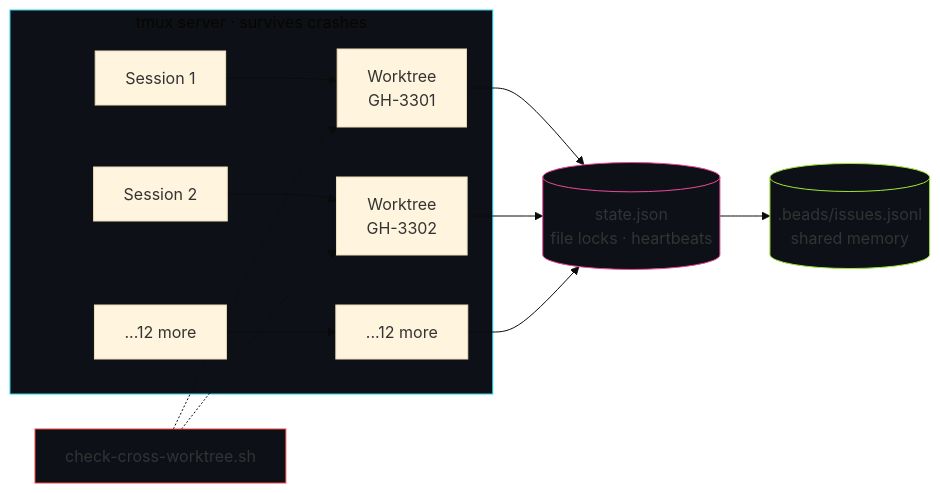
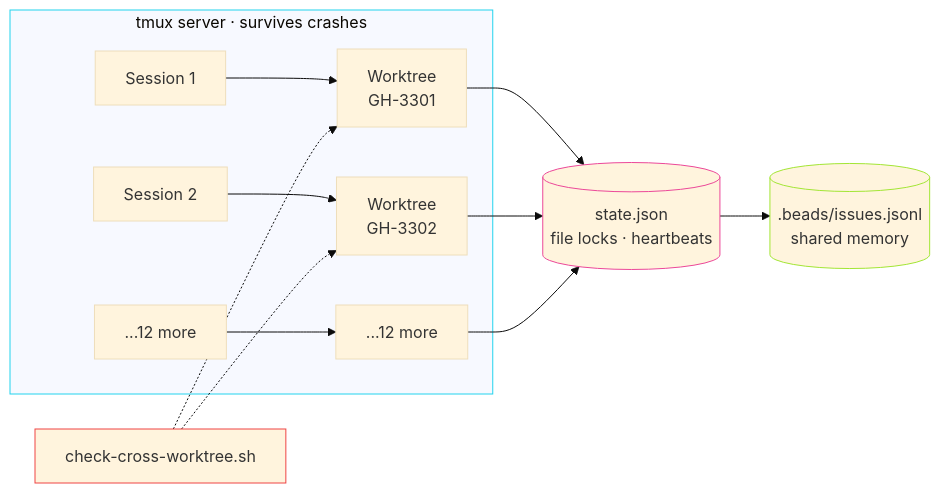
One commit to zanebarker-ops/claude-dev-toolkit changed the first of 3 diagrams in demo/slides/slides.md. Above: the diagram before and after it, drawn with Mermaid (base theme). The commit also changed other lines of this file, not shown here.

First line of the commit message:
fix(demo/slides): slide 33 mermaid text + slides 36, 37 status-bar collisions

````diff
--- a/demo/slides/slides.md
+++ b/demo/slides/slides.md
@@ -862,21 +862,21 @@
 ```mermaid
 flowchart LR
   subgraph TMX[tmux server · survives crashes]
     S1[Session 1] --> W1[Worktree<br/>GH-3301]
     S2[Session 2] --> W2[Worktree<br/>GH-3302]
     Sx[...12 more] --> Wx[...12 more]
   end
 
   W1 --> COORD[(state.json<br/>file locks · heartbeats)]
   W2 --> COORD
   Wx --> COORD
   COORD --> BEADS[(.beads/issues.jsonl<br/>shared memory)]
 
   HK[check-cross-worktree.sh] -.-> W1
   HK -.-> W2
 
-  style TMX fill:#0d1117,stroke:#22d3ee
-  style COORD fill:#0d1117,stroke:#ec4899
-  style BEADS fill:#0d1117,stroke:#a3e635
-  style HK fill:#0d1117,stroke:#ef4444
+  style TMX stroke:#22d3ee
+  style COORD stroke:#ec4899
+  style BEADS stroke:#a3e635
+  style HK stroke:#ef4444
 ```
````
